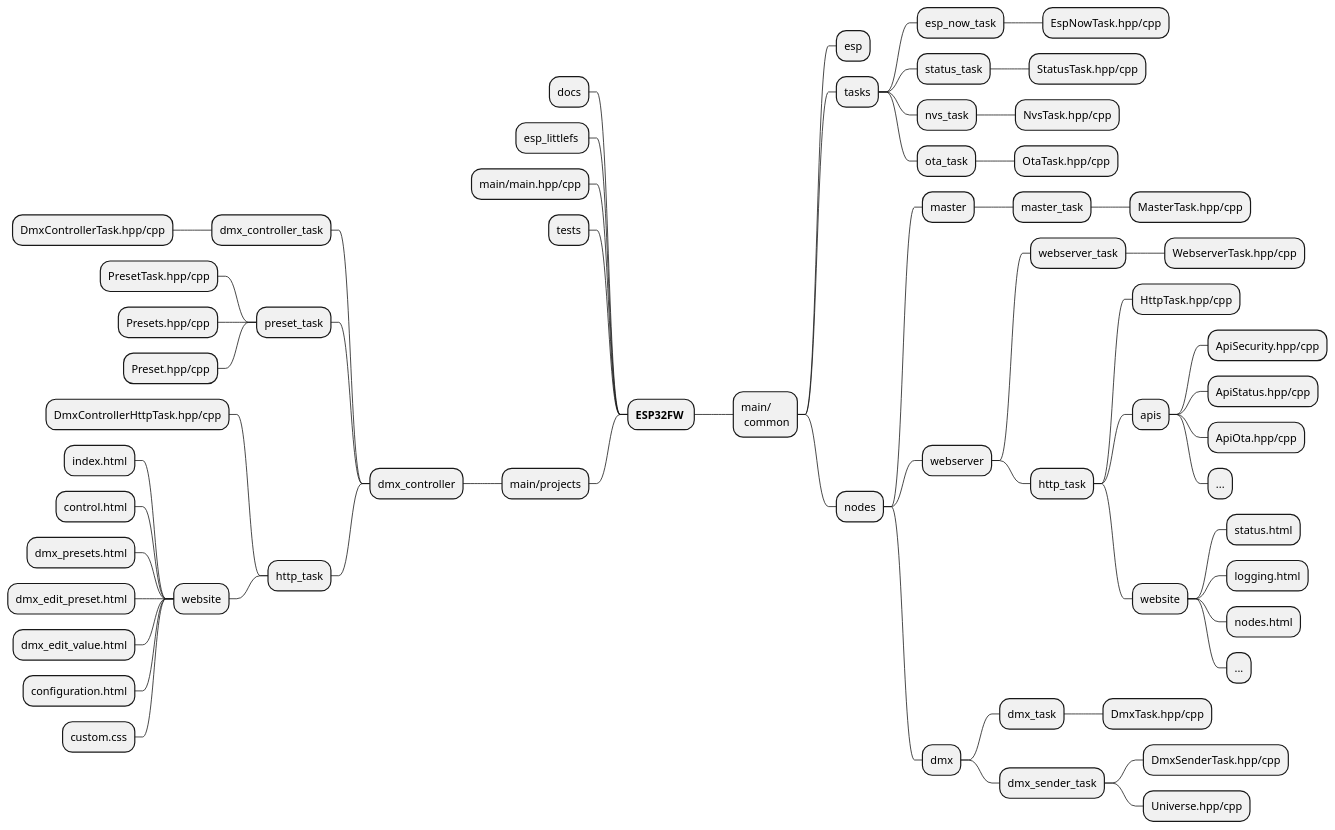
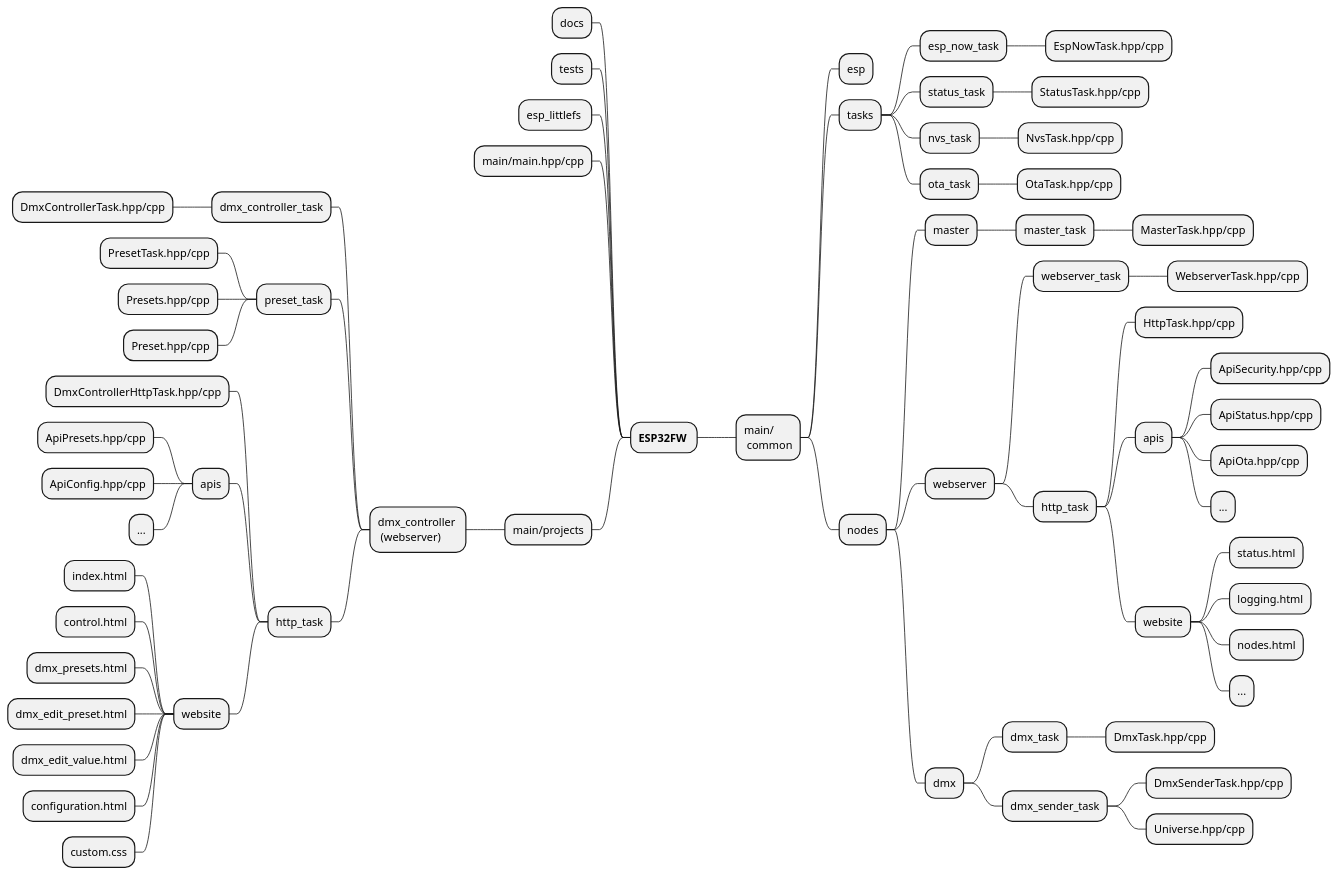
One commit to michelkeijzers/Esp32Framework changed the diagram in docs/folder_structure.puml. Above: the diagram before and after it, drawn with PlantUML. The commit also changed 23 other files, not shown here.

```diff
--- a/docs/folder_structure.puml
+++ b/docs/folder_structure.puml
@@ -2,77 +2,81 @@
 @startmindmap
 
 * **ESP32FW** 
 ** main/ \n common
 *** esp
 ' **** esp_error
 ' ***** esp_error_if.hpp
 ' **** esp_filesystem
 ' ***** esp_littlefs_if.h
 ' ***** esp_spiffs-if.h   
 ' ***** IEspLittleFs.hpp
 ' ***** EspLittleFs.hpp/cpp
 ' **** esp_http_server
 ' **** esp_now
 ' **** esp_logger
 ' **** esp_nvs
 *** tasks
 **** esp_now_task
 ***** EspNowTask.hpp/cpp
 **** status_task
 ***** StatusTask.hpp/cpp
 **** nvs_task
 ***** NvsTask.hpp/cpp
 **** ota_task
 ***** OtaTask.hpp/cpp
 *** nodes
 **** master
 ***** master_task
 ****** MasterTask.hpp/cpp
 **** webserver
 ***** webserver_task
 ****** WebserverTask.hpp/cpp
 ***** http_task
 ****** HttpTask.hpp/cpp
 ****** apis
 ******* ApiSecurity.hpp/cpp
 ******* ApiStatus.hpp/cpp
 ******* ApiOta.hpp/cpp
 ******* ...
 ****** website
 ******* status.html
 ******* logging.html
 ******* nodes.html
 ******* ...
 **** dmx
 ***** dmx_task
 ****** DmxTask.hpp/cpp
 ***** dmx_sender_task
 ****** DmxSenderTask.hpp/cpp
 ****** Universe.hpp/cpp
 
 -- docs
+-- tests
 -- esp_littlefs 
 -- main/main.hpp/cpp
--- tests
 -- main/projects
---- dmx_controller
+--- dmx_controller \n (webserver)
 ---- dmx_controller_task
 ----- DmxControllerTask.hpp/cpp
 ---- preset_task
 ----- PresetTask.hpp/cpp
 ----- Presets.hpp/cpp
 ----- Preset.hpp/cpp
 ---- http_task
 ----- DmxControllerHttpTask.hpp/cpp
+----- apis
+------ ApiPresets.hpp/cpp
+------ ApiConfig.hpp/cpp
+------ ...
 ----- website
 ------ index.html
 ------ control.html
 ------ dmx_presets.html
 ------ dmx_edit_preset.html
 ------ dmx_edit_value.html
 ------ configuration.html
 ------ custom.css
 
 
 
 @endmindmap
```
